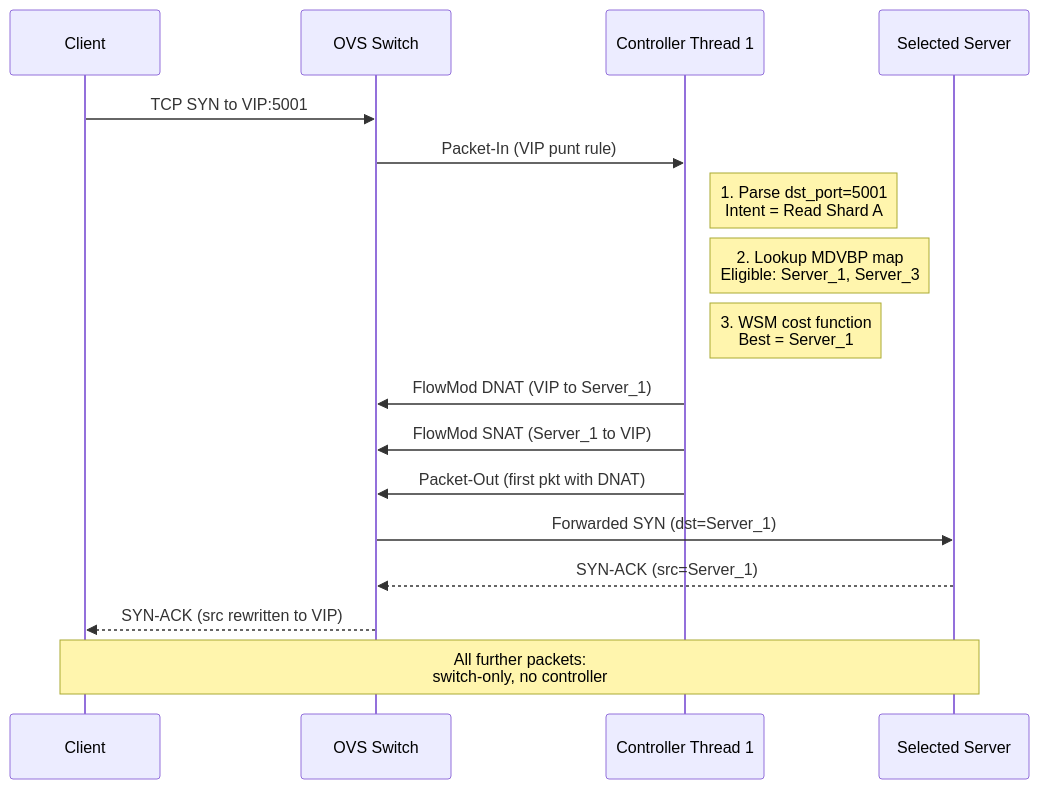
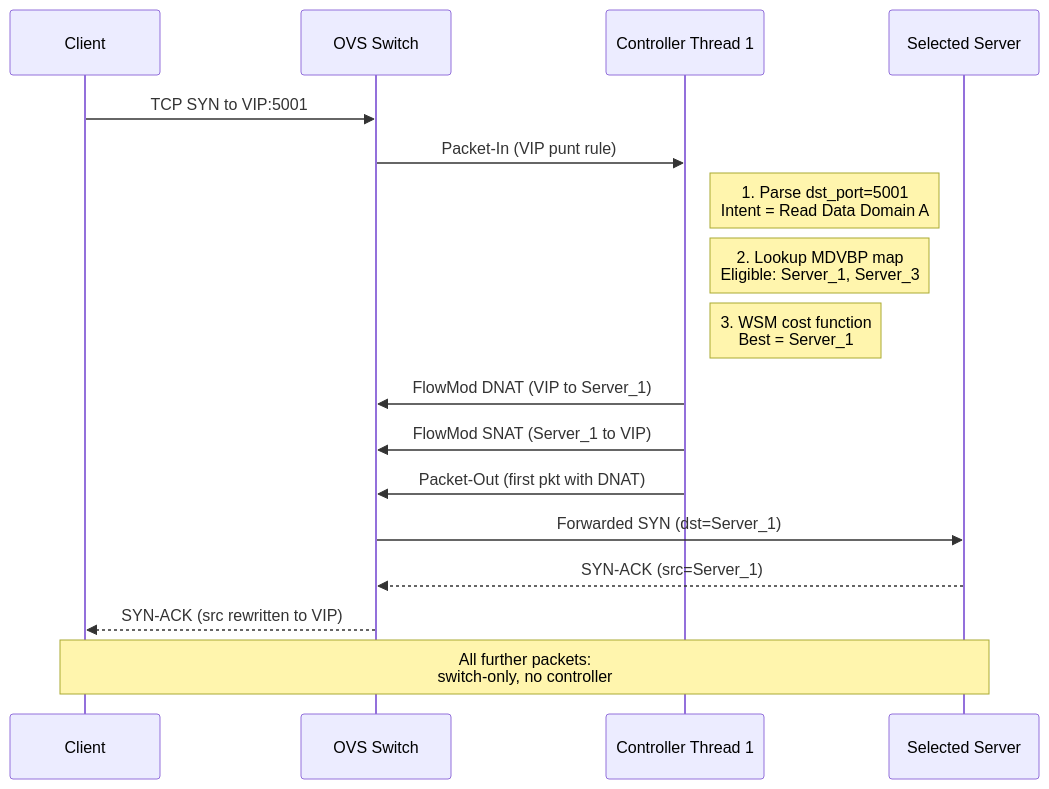
Before and after one commit to poioe20p/efficient-storage-in-edge-scenarios: the second of 23 diagrams in docs/operation/system_mechanisms.md, drawn with Mermaid. The commit also changed other lines of this file and 25 other files, not shown here.

````diff
--- a/docs/operation/system_mechanisms.md
+++ b/docs/operation/system_mechanisms.md
@@ -53,20 +108,20 @@
 ```mermaid
 sequenceDiagram
     participant Client
     participant Switch as OVS Switch
     participant T1 as Controller Thread 1
     participant Server as Selected Server
 
     Client->>Switch: TCP SYN to VIP:5001
     Switch->>T1: Packet-In (VIP punt rule)
-    Note right of T1: 1. Parse dst_port=5001<br/>Intent = Read Shard A
+    Note right of T1: 1. Parse dst_port=5001<br/>Intent = Read Data Domain A
     Note right of T1: 2. Lookup MDVBP map<br/>Eligible: Server_1, Server_3
     Note right of T1: 3. WSM cost function<br/>Best = Server_1
     T1->>Switch: FlowMod DNAT (VIP to Server_1)
     T1->>Switch: FlowMod SNAT (Server_1 to VIP)
     T1->>Switch: Packet-Out (first pkt with DNAT)
     Switch->>Server: Forwarded SYN (dst=Server_1)
     Server-->>Switch: SYN-ACK (src=Server_1)
     Switch-->>Client: SYN-ACK (src rewritten to VIP)
     Note over Client,Server: All further packets:<br/>switch-only, no controller
 ```
````
